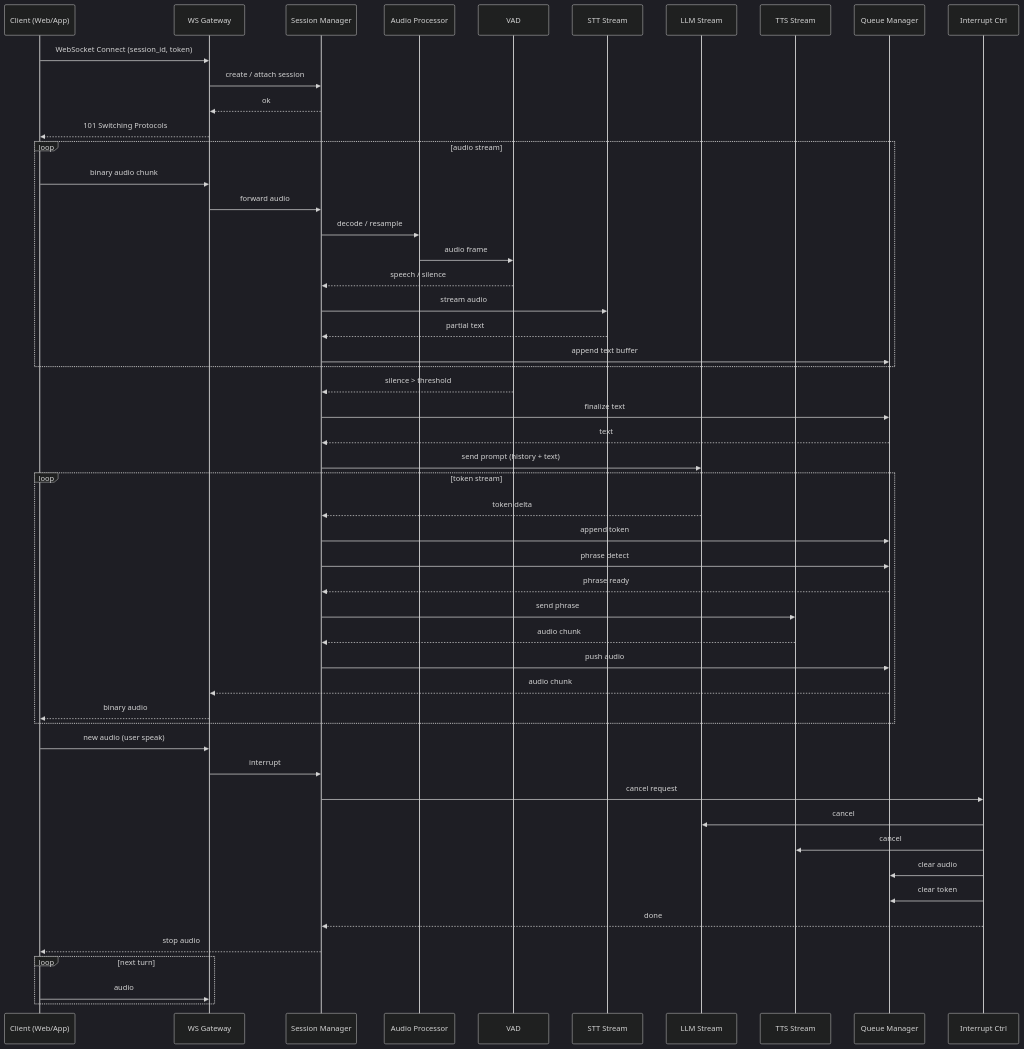
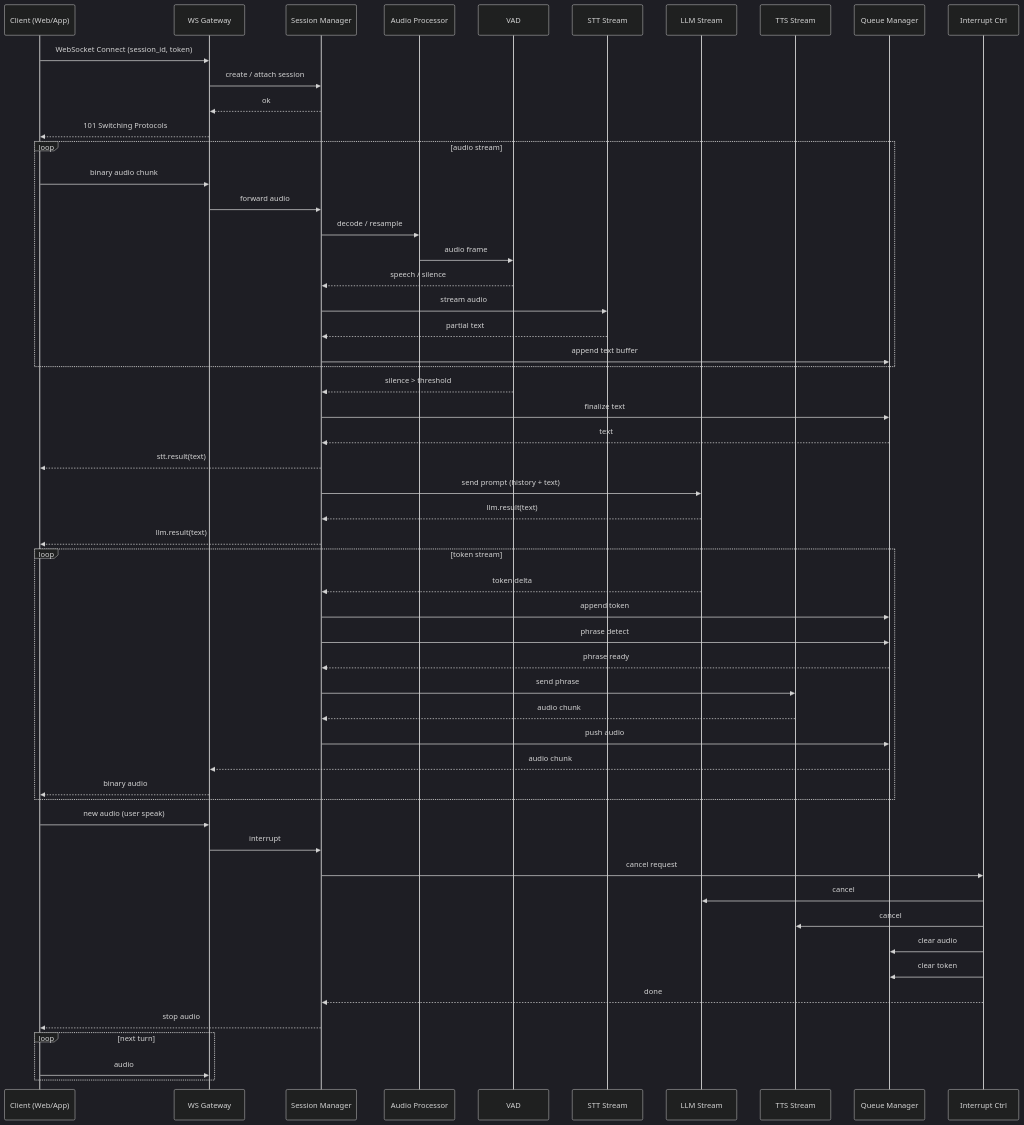
Before and after one commit to YENpsychopomp/fullduplex: the diagram in mermaid.mmd, drawn with Mermaid (dark theme). The commit also changed 4 other files, not shown here.

```diff
--- a/mermaid.mmd
+++ b/mermaid.mmd
@@ -1,98 +1,101 @@
 sequenceDiagram
 
     participant U as Client (Web/App)
     participant G as WS Gateway
     participant S as Session Manager
     participant A as Audio Processor
     participant V as VAD
     participant STT as STT Stream
     participant LLM as LLM Stream
     participant TTS as TTS Stream
     participant Q as Queue Manager
     participant I as Interrupt Ctrl
 
     %% =====================
     %% Connect
     %% =====================
 
     U->>G: WebSocket Connect (session_id, token)
     G->>S: create / attach session
     S-->>G: ok
     G-->>U: 101 Switching Protocols
 
     %% =====================
     %% Audio Input Loop
     %% =====================
 
     loop audio stream
         U->>G: binary audio chunk
         G->>S: forward audio
         S->>A: decode / resample
         A->>V: audio frame
         V-->>S: speech / silence
 
         S->>STT: stream audio
         STT-->>S: partial text
         S->>Q: append text buffer
     end
 
     %% =====================
     %% Silence trigger
     %% =====================
 
     V-->>S: silence > threshold
 
     S->>Q: finalize text
     Q-->>S: text
+    S-->>U: stt.result(text)
 
     S->>LLM: send prompt (history + text)
+    LLM-->>S: llm.result(text)
+    S-->>U: llm.result(text)
 
     %% =====================
-    %% LLM streaming
+    %% LLM streaming (未實作)
     %% =====================
 
     loop token stream
 
         LLM-->>S: token delta
         S->>Q: append token
 
         S->>Q: phrase detect
         Q-->>S: phrase ready
 
         S->>TTS: send phrase
 
         TTS-->>S: audio chunk
 
         S->>Q: push audio
 
         Q-->>G: audio chunk
         G-->>U: binary audio
 
     end
 
     %% =====================
     %% Interrupt
     %% =====================
 
     U->>G: new audio (user speak)
 
     G->>S: interrupt
 
     S->>I: cancel request
 
     I->>LLM: cancel
     I->>TTS: cancel
     I->>Q: clear audio
     I->>Q: clear token
 
     I-->>S: done
 
     S-->>U: stop audio
 
     %% =====================
     %% Continue conversation
     %% =====================
 
     loop next turn
         U->>G: audio
     end
```
